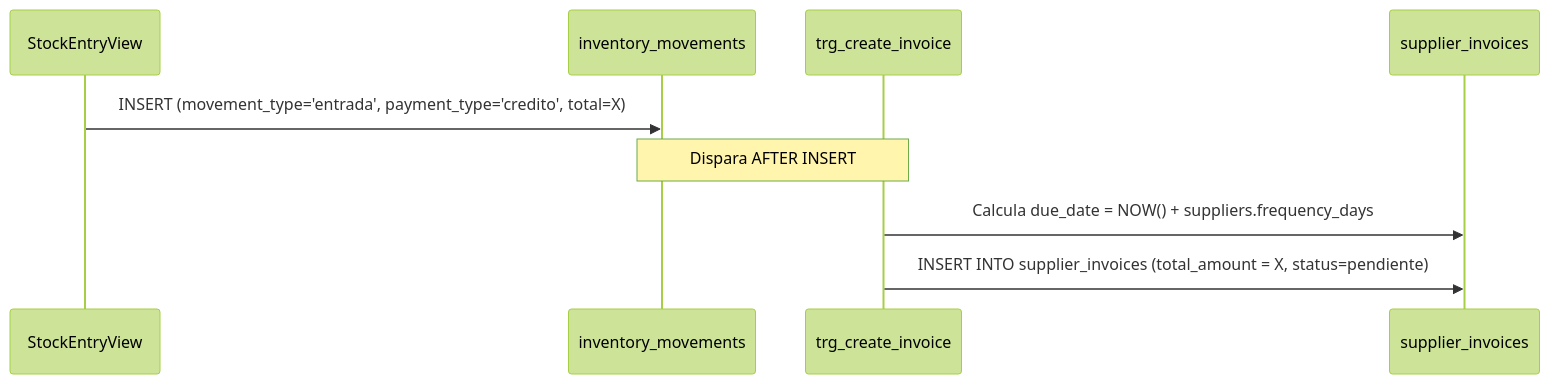
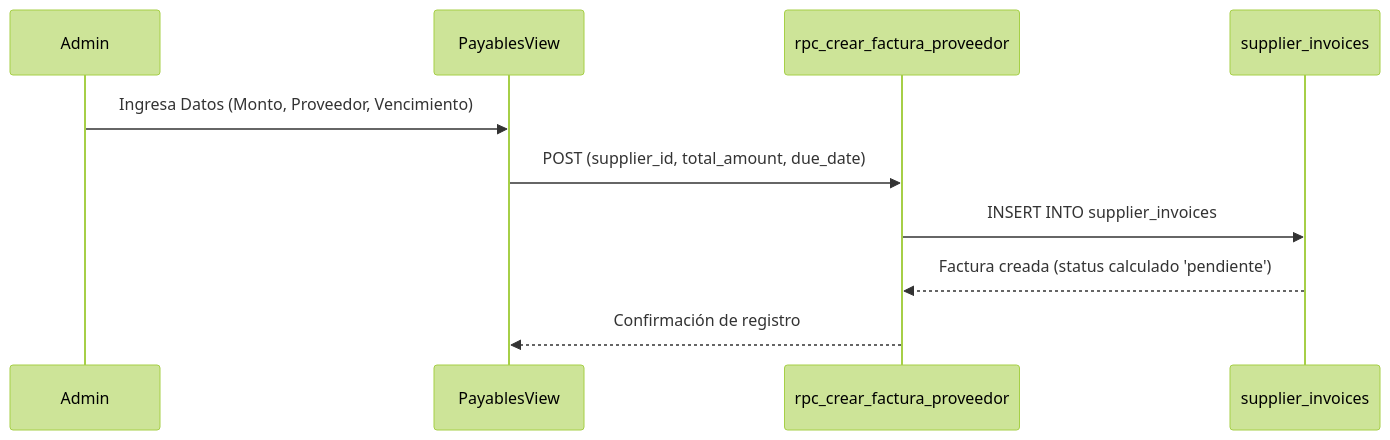
One commit to YamirJCF/tienda-barrio-pro changed the first of 2 diagrams in documentation/01_requirements/SDD/SDD_019_CUENTAS_POR_PAGAR.md. Above: the diagram before and after it, drawn with Mermaid (forest theme). The commit also changed other lines of this file and 28 other files, not shown here.

````diff
--- a/documentation/01_requirements/SDD/SDD_019_CUENTAS_POR_PAGAR.md
+++ b/documentation/01_requirements/SDD/SDD_019_CUENTAS_POR_PAGAR.md
@@ -46,12 +38,13 @@
 ```mermaid
 sequenceDiagram
-    participant UI as StockEntryView
-    participant IM as inventory_movements
-    participant Trigger as trg_create_invoice
-    participant SI as supplier_invoices
+    participant Admin
+    participant UI as PayablesView
+    participant RPC as rpc_crear_factura_proveedor
+    participant DB as supplier_invoices
 
-    UI->>IM: INSERT (movement_type='entrada', payment_type='credito', total=X)
-    Note over IM,Trigger: Dispara AFTER INSERT
-    Trigger->>SI: Calcula due_date = NOW() + suppliers.frequency_days
-    Trigger->>SI: INSERT INTO supplier_invoices (total_amount = X, status=pendiente)
+    Admin->>UI: Ingresa Datos (Monto, Proveedor, Vencimiento)
+    UI->>RPC: POST (supplier_id, total_amount, due_date)
+    RPC->>DB: INSERT INTO supplier_invoices
+    DB-->>RPC: Factura creada (status calculado 'pendiente')
+    RPC-->>UI: Confirmación de registro
 ```
````
